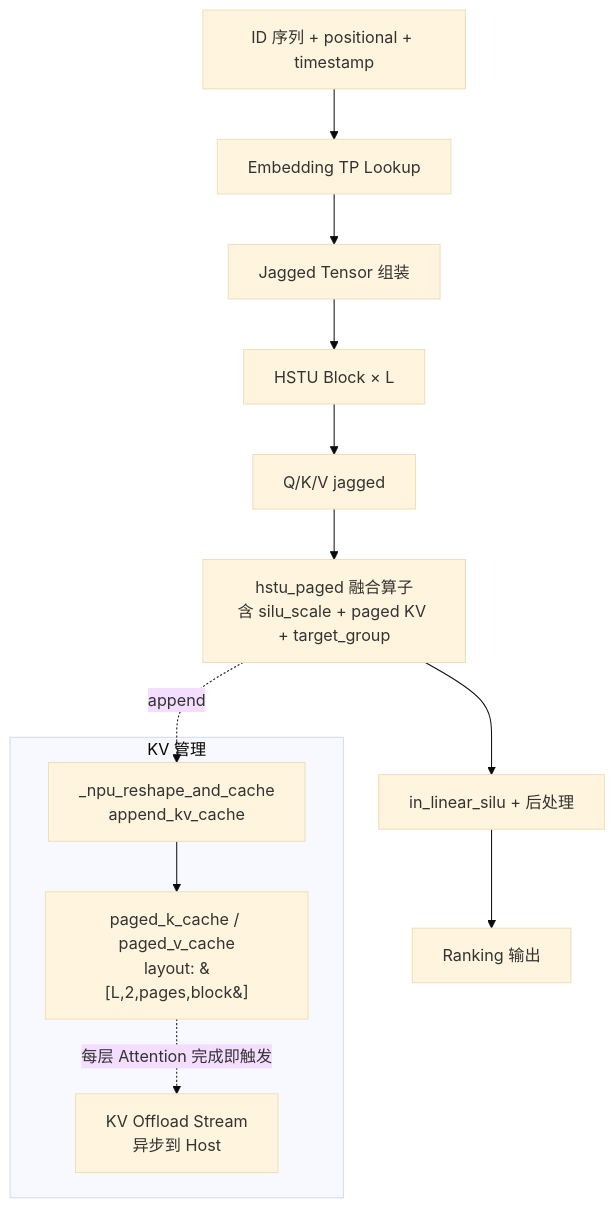
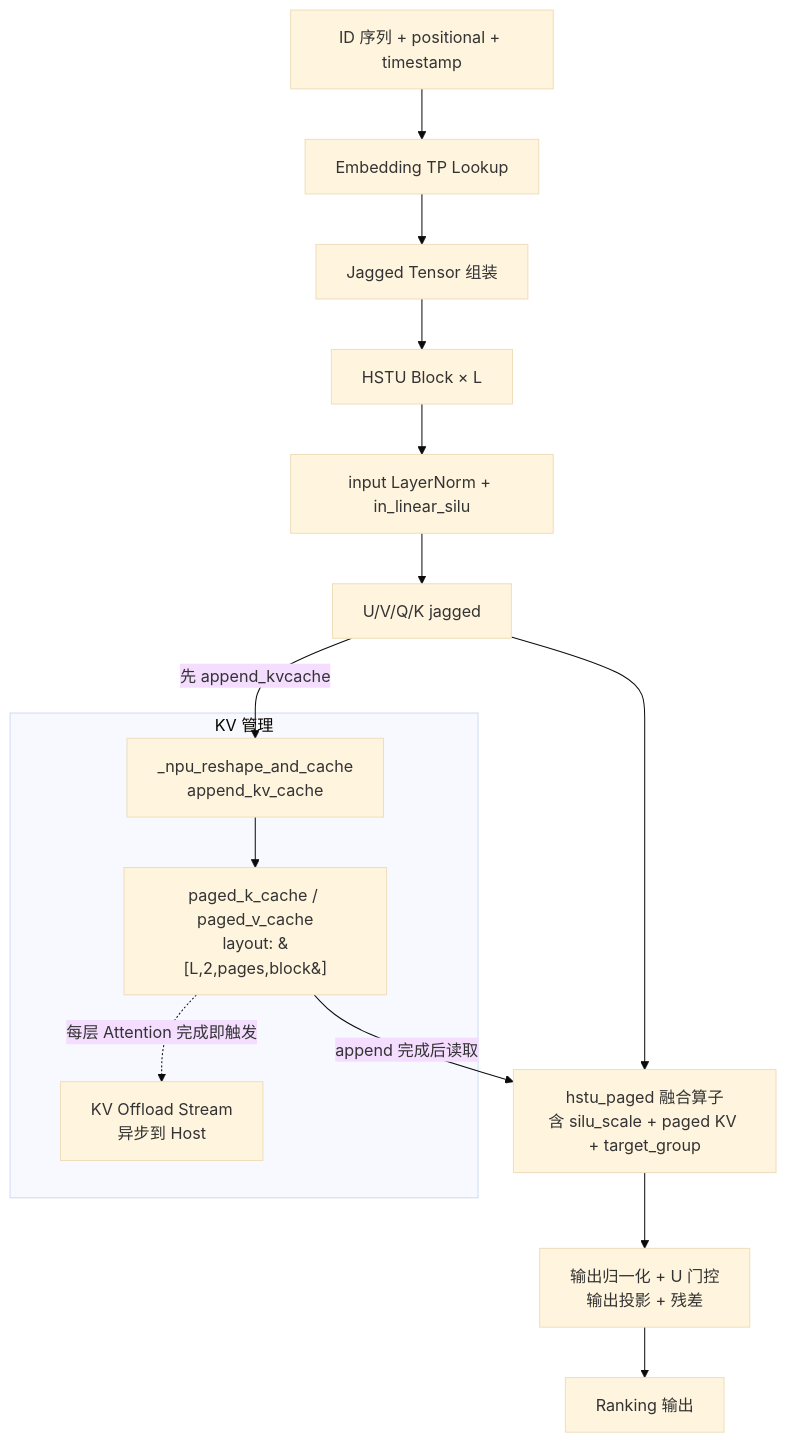
Before and after one commit to Atlas-Ascend-Fork/cannbot-knowledge: the diagram in knowledge/model/inference/concepts/models/hstu.md, drawn with Mermaid (base theme). The commit also changed other lines of this file and 441 other files, not shown here.

````diff
--- a/knowledge/model/inference/concepts/models/hstu.md
+++ b/knowledge/model/inference/concepts/models/hstu.md
@@ -45,18 +45,21 @@
 ```mermaid
 flowchart TD
  In[ID 序列 + positional + timestamp] --> Emb[Embedding TP Lookup]
  Emb --> Jag[Jagged Tensor 组装]
  Jag --> HSTUBlock[HSTU Block × L]
- HSTUBlock --> Q[Q/K/V jagged]
+ HSTUBlock --> InProj[input LayerNorm + in_linear_silu]
+ InProj --> Q[U/V/Q/K jagged]
+ Q -->|先 append_kvcache| Reshape
  Q --> FA[hstu_paged 融合算子<br/>含 silu_scale + paged KV + target_group]
- FA --> MLP[in_linear_silu + 后处理]
+ FA --> MLP[输出归一化 + U 门控<br/>输出投影 + 残差]
  MLP --> Post[Ranking 输出]
 
  subgraph KV 管理
  Kcache[paged_k_cache / paged_v_cache<br/>layout: &#91;L,2,pages,block&#93;]
  Reshape[_npu_reshape_and_cache<br/>append_kv_cache]
  Offload[KV Offload Stream<br/>异步到 Host]
  end
- FA -.->|append| Reshape --> Kcache
+ Reshape --> Kcache
+ Kcache -->|append 完成后读取| FA
  Kcache -.->|每层 Attention 完成即触发| Offload
 ```
````
